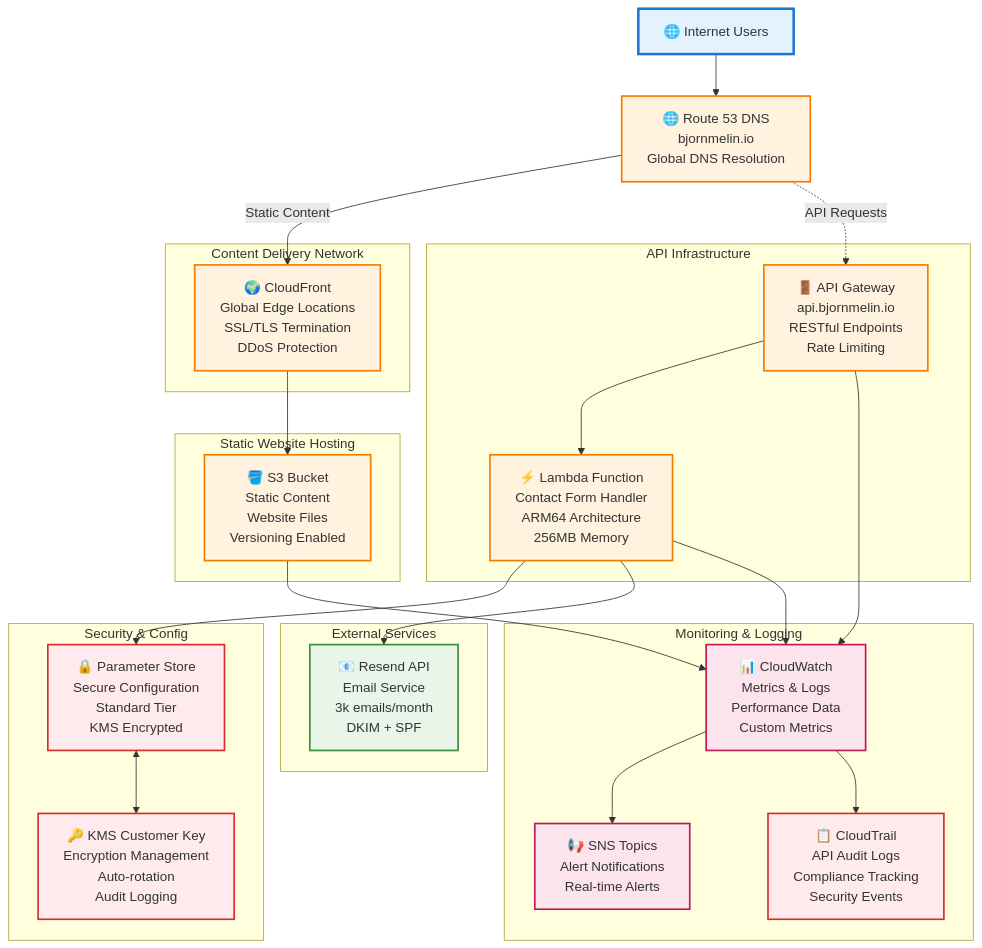
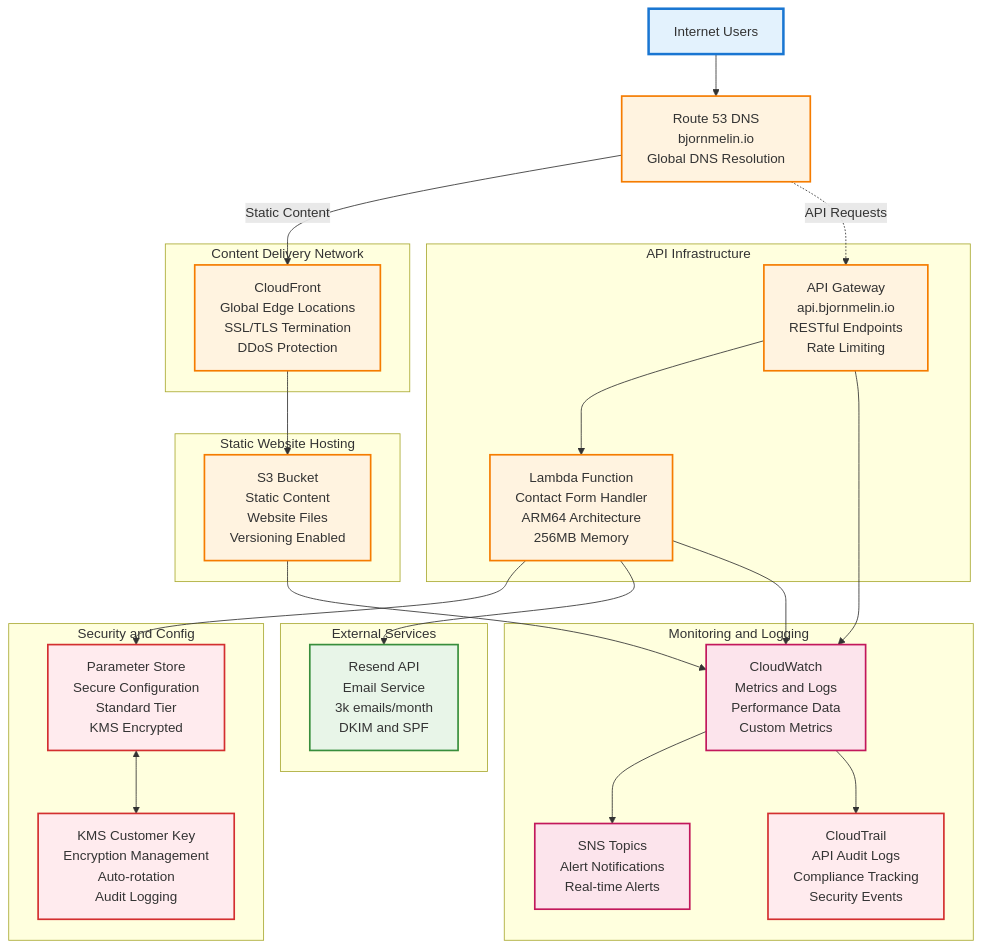
The second of 4 diagrams in docs/infrastructure/architecture-overview.md (BjornMelin/bjornmelin-platform-io), drawn with Mermaid before and after one commit. The commit also changed other lines of this file and 13 other files, not shown here.

````diff
--- a/docs/infrastructure/architecture-overview.md
+++ b/docs/infrastructure/architecture-overview.md
@@ -147,73 +158,73 @@
 ```mermaid
 flowchart TD
     %% External Access
-    Internet[🌐 Internet Users]
+    Internet["Internet Users"]
     
     %% DNS Layer
-    Route53[🌐 Route 53 DNS<br/>bjornmelin.io<br/>Global DNS Resolution]
+    Route53["Route 53 DNS<br/>bjornmelin.io<br/>Global DNS Resolution"]
     
     %% Content Delivery
     subgraph CDN ["Content Delivery Network"]
-        CloudFront[🌍 CloudFront<br/>Global Edge Locations<br/>SSL/TLS Termination<br/>DDoS Protection]
+        CloudFront["CloudFront<br/>Global Edge Locations<br/>SSL/TLS Termination<br/>DDoS Protection"]
     end
     
     %% Static Hosting
     subgraph StaticHosting ["Static Website Hosting"]
-        S3[🪣 S3 Bucket<br/>Static Content<br/>Website Files<br/>Versioning Enabled]
+        S3["S3 Bucket<br/>Static Content<br/>Website Files<br/>Versioning Enabled"]
     end
     
     %% API Infrastructure  
     subgraph APIInfra ["API Infrastructure"]
-        APIGateway[🚪 API Gateway<br/>api.bjornmelin.io<br/>RESTful Endpoints<br/>Rate Limiting]
-        Lambda[⚡ Lambda Function<br/>Contact Form Handler<br/>ARM64 Architecture<br/>256MB Memory]
+        APIGateway["API Gateway<br/>api.bjornmelin.io<br/>RESTful Endpoints<br/>Rate Limiting"]
+        Lambda["Lambda Function<br/>Contact Form Handler<br/>ARM64 Architecture<br/>256MB Memory"]
     end
     
     %% Security & Configuration
-    subgraph Security ["Security & Config"]
-        ParameterStore[🔒 Parameter Store<br/>Secure Configuration<br/>Standard Tier<br/>KMS Encrypted]
-        KMS[🔑 KMS Customer Key<br/>Encryption Management<br/>Auto-rotation<br/>Audit Logging]
+    subgraph Security ["Security and Config"]
+        ParameterStore["Parameter Store<br/>Secure Configuration<br/>Standard Tier<br/>KMS Encrypted"]
+        KMS["KMS Customer Key<br/>Encryption Management<br/>Auto-rotation<br/>Audit Logging"]
     end
     
     %% External Services
     subgraph External ["External Services"]
-        Resend[📧 Resend API<br/>Email Service<br/>3k emails/month<br/>DKIM + SPF]
+        Resend["Resend API<br/>Email Service<br/>3k emails/month<br/>DKIM and SPF"]
     end
     
     %% Monitoring
-    subgraph Monitoring ["Monitoring & Logging"]
-        CloudWatch[📊 CloudWatch<br/>Metrics & Logs<br/>Performance Data<br/>Custom Metrics]
-        SNS[📢 SNS Topics<br/>Alert Notifications<br/>Real-time Alerts]
-        CloudTrail[📋 CloudTrail<br/>API Audit Logs<br/>Compliance Tracking<br/>Security Events]
+    subgraph Monitoring ["Monitoring and Logging"]
+        CloudWatch["CloudWatch<br/>Metrics and Logs<br/>Performance Data<br/>Custom Metrics"]
+        SNS["SNS Topics<br/>Alert Notifications<br/>Real-time Alerts"]
+        CloudTrail["CloudTrail<br/>API Audit Logs<br/>Compliance Tracking<br/>Security Events"]
     end
     
     %% Network Flows
     Internet --> Route53
     Route53 -->|Static Content| CloudFront
     CloudFront --> S3
     
     Route53 -.->|API Requests| APIGateway
     APIGateway --> Lambda
     Lambda --> ParameterStore
     ParameterStore <--> KMS
     Lambda --> Resend
     
     %% Monitoring Flows
     Lambda --> CloudWatch
     APIGateway --> CloudWatch
     S3 --> CloudWatch
     CloudWatch --> SNS
     CloudWatch --> CloudTrail
     
     %% Styling
     classDef internet fill:#e3f2fd,stroke:#1976d2,stroke-width:3px
     classDef aws fill:#fff3e0,stroke:#f57c00,stroke-width:2px
     classDef security fill:#ffebee,stroke:#d32f2f,stroke-width:2px
     classDef external fill:#e8f5e8,stroke:#388e3c,stroke-width:2px
     classDef monitoring fill:#fce4ec,stroke:#c2185b,stroke-width:2px
     
     class Internet internet
     class Route53,CloudFront,S3,APIGateway,Lambda aws
     class ParameterStore,KMS,CloudTrail security
     class Resend external
     class CloudWatch,SNS monitoring
 ```
````
